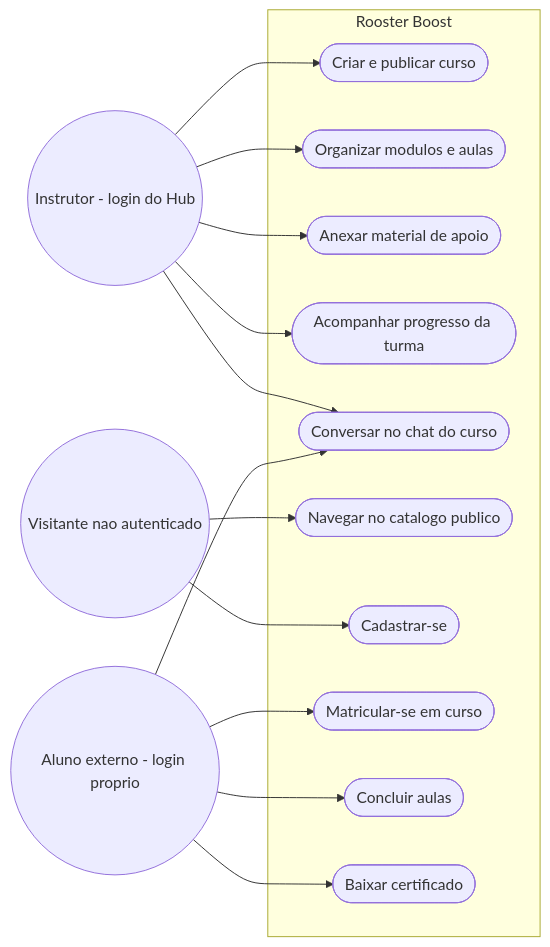
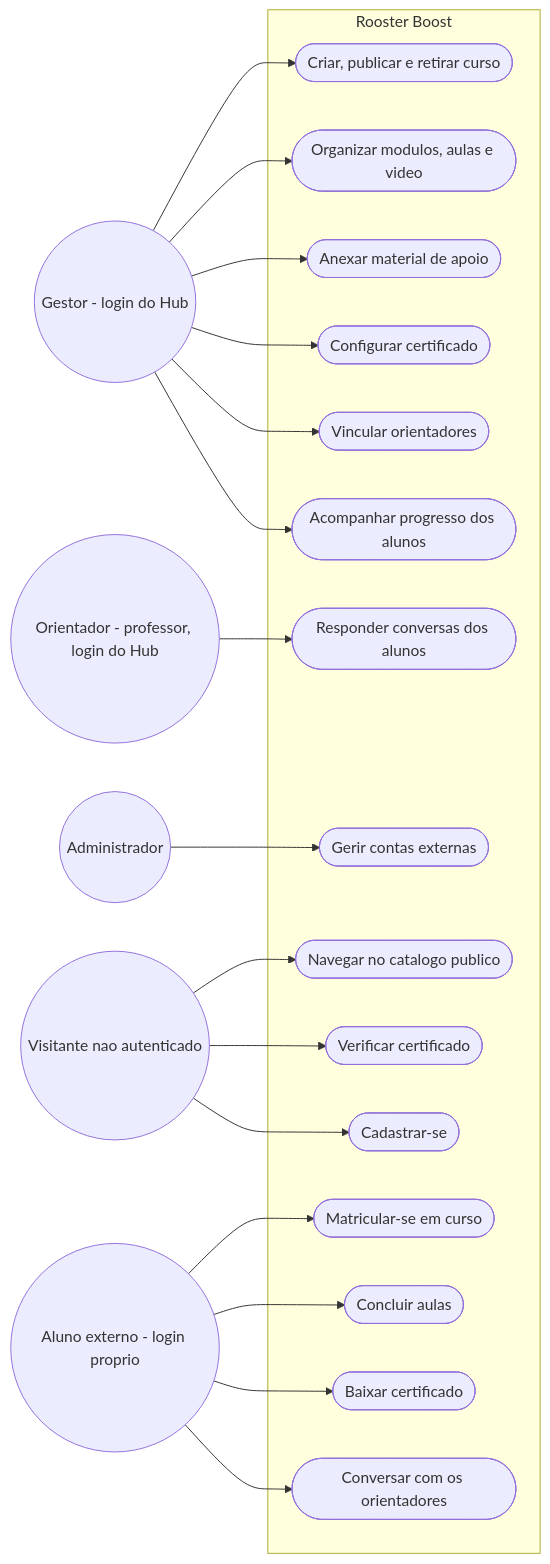
Before and after one commit to bebberjoao/RoosterOneBackend: the diagram in docs/diagramas/src/casos-uso-boost.mmd, drawn with Mermaid. The commit also changed 4 other files, not shown here.

Commit message:
docs(diagramas): casos de uso do Boost com atores vigentes; contexto com 64 tabelas

```diff
--- a/docs/diagramas/src/casos-uso-boost.mmd
+++ b/docs/diagramas/src/casos-uso-boost.mmd
@@ -1,29 +1,40 @@
 flowchart LR
-  INS((Instrutor - login do Hub))
+  GES((Gestor - login do Hub))
+  ORI((Orientador - professor, login do Hub))
+  ADM((Administrador))
   EXT((Aluno externo - login proprio))
   VIS((Visitante nao autenticado))
 
   subgraph Boost[Rooster Boost]
-    B1([Criar e publicar curso])
-    B2([Organizar modulos e aulas])
+    B1([Criar, publicar e retirar curso])
+    B2([Organizar modulos, aulas e video])
     B3([Anexar material de apoio])
-    B4([Acompanhar progresso da turma])
-    B5([Conversar no chat do curso])
-    B6([Navegar no catalogo publico])
-    B7([Cadastrar-se])
-    B8([Matricular-se em curso])
-    B9([Concluir aulas])
-    B10([Baixar certificado])
+    B4([Configurar certificado])
+    B5([Vincular orientadores])
+    B6([Acompanhar progresso dos alunos])
+    B7([Responder conversas dos alunos])
+    B8([Gerir contas externas])
+    B9([Navegar no catalogo publico])
+    B10([Verificar certificado])
+    B11([Cadastrar-se])
+    B12([Matricular-se em curso])
+    B13([Concluir aulas])
+    B14([Baixar certificado])
+    B15([Conversar com os orientadores])
   end
 
-  INS --> B1
-  INS --> B2
-  INS --> B3
-  INS --> B4
-  INS --> B5
-  VIS --> B6
-  VIS --> B7
-  EXT --> B8
-  EXT --> B9
-  EXT --> B10
-  EXT --> B5
+  GES --> B1
+  GES --> B2
+  GES --> B3
+  GES --> B4
+  GES --> B5
+  GES --> B6
+  ORI --> B7
+  ADM --> B8
+  VIS --> B9
+  VIS --> B10
+  VIS --> B11
+  EXT --> B12
+  EXT --> B13
+  EXT --> B14
+  EXT --> B15
```
